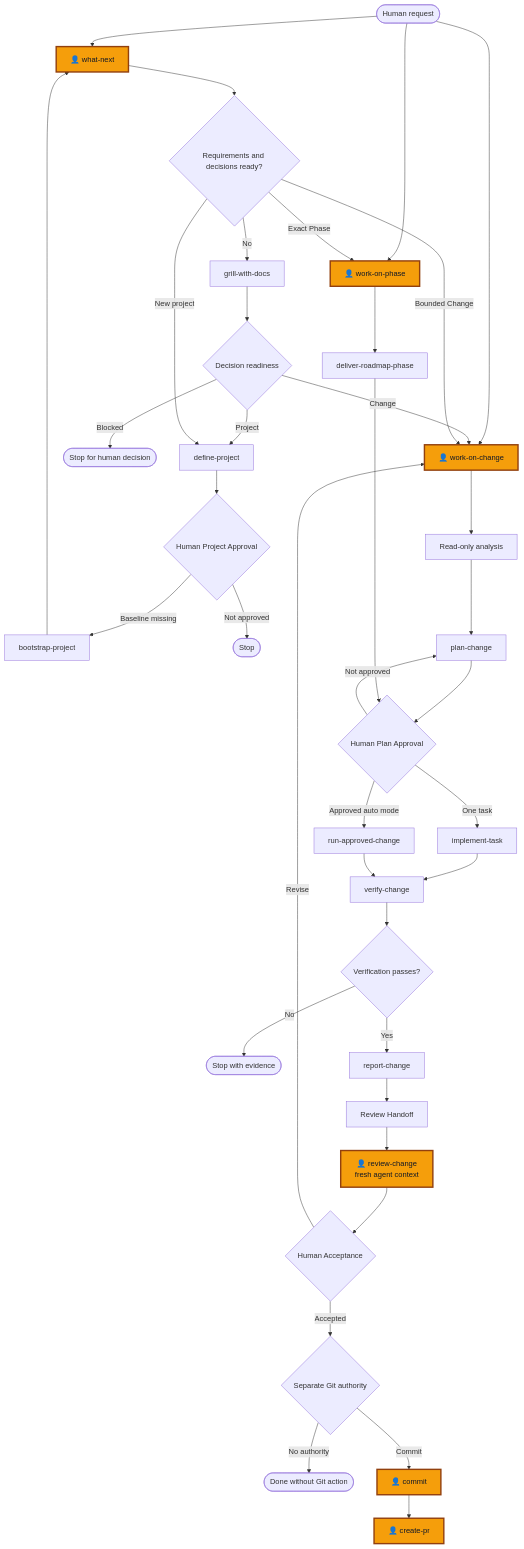
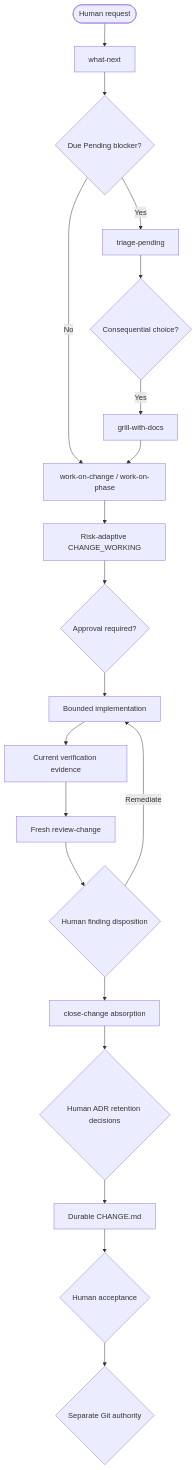
Before and after one commit to busybutlazy/Skill_Merchant-: the diagram in docs/concepts/workflow-control.md, drawn with Mermaid. The commit also changed other lines of this file and 100 other files, not shown here.

Commit message:
feat(workflow): converge change artifacts and pending triage

````diff
--- a/docs/concepts/workflow-control.md
+++ b/docs/concepts/workflow-control.md
@@ -40,43 +33,22 @@
 ```mermaid
 flowchart TD
-    START([Human request])
-    START --> WHAT["👤 what-next"]
-    START --> CHANGE["👤 work-on-change"]
-    START --> PHASE["👤 work-on-phase"]
-    WHAT --> READY{Requirements and decisions ready?}
-    READY -->|No| DECISIONS[grill-with-docs]
-    DECISIONS --> DECISION_GATE{Decision readiness}
-    DECISION_GATE -->|Blocked| STOP_DECISION([Stop for human decision])
-    DECISION_GATE -->|Project| DEFINE[define-project]
-    DECISION_GATE -->|Change| CHANGE
-    READY -->|New project| DEFINE
-    READY -->|Bounded Change| CHANGE
-    READY -->|Exact Phase| PHASE
-    DEFINE --> PROJECT_GATE{Human Project Approval}
-    PROJECT_GATE -->|Baseline missing| BOOTSTRAP[bootstrap-project]
-    PROJECT_GATE -->|Not approved| STOP_PROJECT([Stop])
-    BOOTSTRAP --> WHAT
-    CHANGE --> ANALYZE[Read-only analysis]
-    ANALYZE --> PLAN[plan-change]
-    PLAN --> PLAN_GATE{Human Plan Approval}
-    PLAN_GATE -->|Not approved| PLAN
-    PLAN_GATE -->|One task| TASK[implement-task]
-    PLAN_GATE -->|Approved auto mode| AUTO[run-approved-change]
-    TASK --> VERIFY[verify-change]
-    AUTO --> VERIFY
-    VERIFY --> VERIFY_GATE{Verification passes?}
-    VERIFY_GATE -->|No| STOP_VERIFY([Stop with evidence])
-    VERIFY_GATE -->|Yes| REPORT[report-change]
-    PHASE --> PHASE_FLOW[deliver-roadmap-phase]
-    PHASE_FLOW --> PLAN_GATE
-    REPORT --> HANDOFF[Review Handoff]
-    HANDOFF --> REVIEW["👤 review-change<br/>fresh agent context"]
-    REVIEW --> ACCEPT{Human Acceptance}
-    ACCEPT -->|Revise| CHANGE
-    ACCEPT -->|Accepted| GIT_GATE{Separate Git authority}
-    GIT_GATE -->|No authority| DONE([Done without Git action])
-    GIT_GATE -->|Commit| COMMIT["👤 commit"]
-    COMMIT --> PR["👤 create-pr"]
-    classDef human fill:#f59e0b,stroke:#92400e,color:#111827,stroke-width:3px;
-    class WHAT,CHANGE,PHASE,REVIEW,COMMIT,PR human;
+    START([Human request]) --> WHAT[what-next]
+    WHAT --> PENDING{Due Pending blocker?}
+    PENDING -->|Yes| TRIAGE[triage-pending]
+    TRIAGE --> DECISION{Consequential choice?}
+    DECISION -->|Yes| GRILL[grill-with-docs]
+    PENDING -->|No| CHANGE[work-on-change / work-on-phase]
+    GRILL --> CHANGE
+    CHANGE --> PLAN[Risk-adaptive CHANGE_WORKING]
+    PLAN --> AUTH{Approval required?}
+    AUTH --> IMPLEMENT[Bounded implementation]
+    IMPLEMENT --> VERIFY[Current verification evidence]
+    VERIFY --> REVIEW[Fresh review-change]
+    REVIEW --> DISPOSE{Human finding disposition}
+    DISPOSE -->|Remediate| IMPLEMENT
+    DISPOSE --> CLOSE[close-change absorption]
+    CLOSE --> RETAIN{Human ADR retention decisions}
+    RETAIN --> FINAL[Durable CHANGE.md]
+    FINAL --> ACCEPT{Human acceptance}
+    ACCEPT --> GIT{Separate Git authority}
 ```
````
